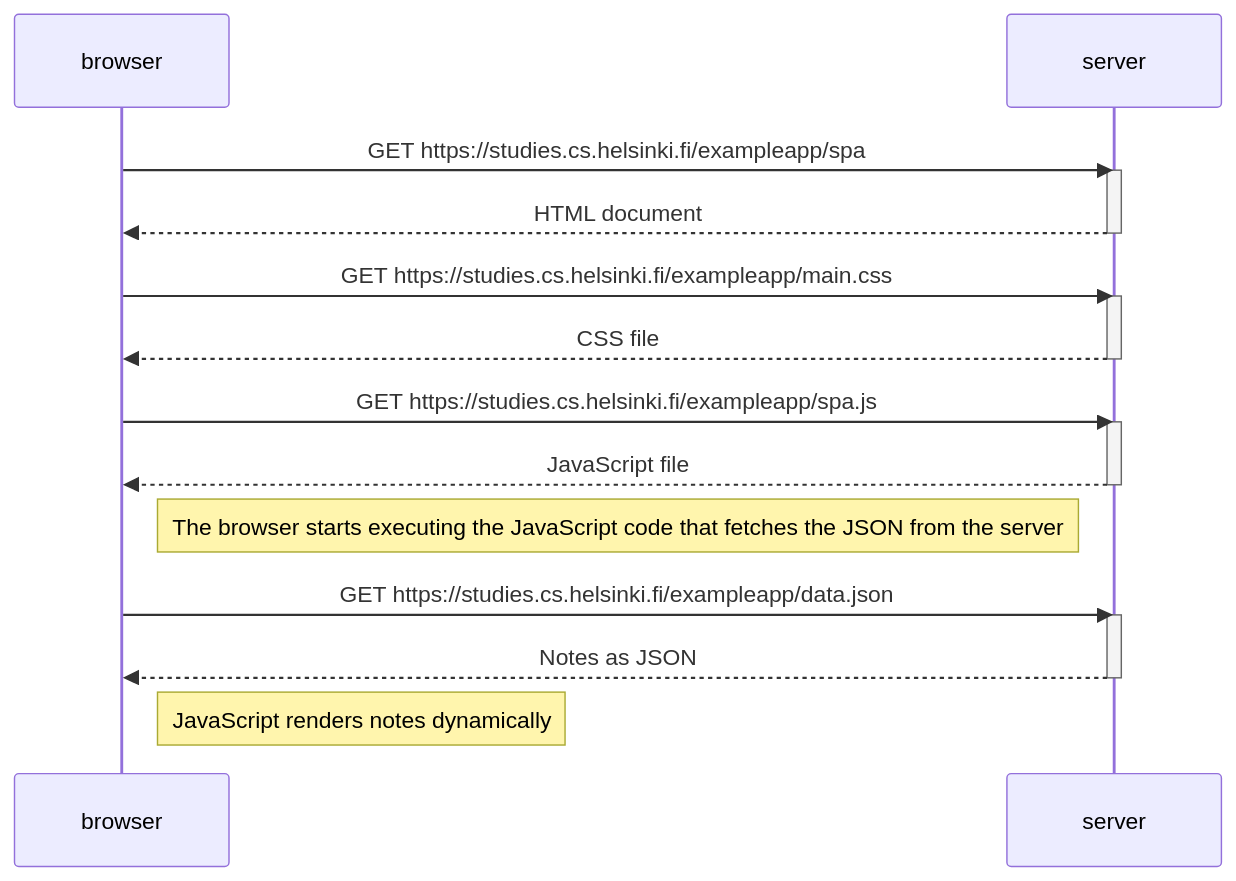
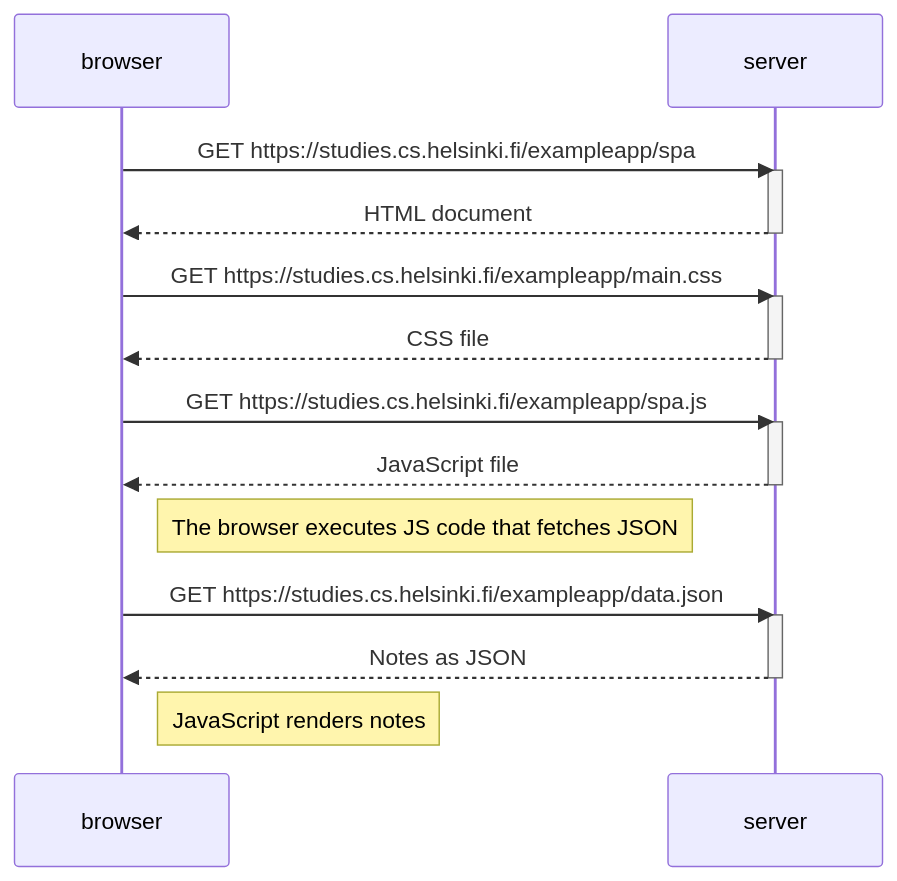
Before and after one commit to Anet456-tech/fullstackopen: the diagram in part0/0.5_ingle_page_app_diagram.md, drawn with Mermaid. The commit also changed 2 other files, not shown here.

Commit message:
modified diagrams

````diff
--- a/part0/0.5_ingle_page_app_diagram.md
+++ b/part0/0.5_ingle_page_app_diagram.md
@@ -1,29 +1,29 @@
 ```mermaid
 sequenceDiagram
     participant browser
     participant server
 
     browser->>server: GET https://studies.cs.helsinki.fi/exampleapp/spa
     activate server
     server-->>browser: HTML document
     deactivate server
 
     browser->>server: GET https://studies.cs.helsinki.fi/exampleapp/main.css
     activate server
     server-->>browser: CSS file
     deactivate server
 
     browser->>server: GET https://studies.cs.helsinki.fi/exampleapp/spa.js
     activate server
     server-->>browser: JavaScript file
     deactivate server
 
-    Note right of browser: The browser starts executing the JavaScript code that fetches the JSON from the server
+    Note right of browser: The browser executes JS code that fetches JSON
 
     browser->>server: GET https://studies.cs.helsinki.fi/exampleapp/data.json
     activate server
     server-->>browser: Notes as JSON
     deactivate server
 
-    Note right of browser: JavaScript renders notes dynamically
+    Note right of browser: JavaScript renders notes 
 ```
````
